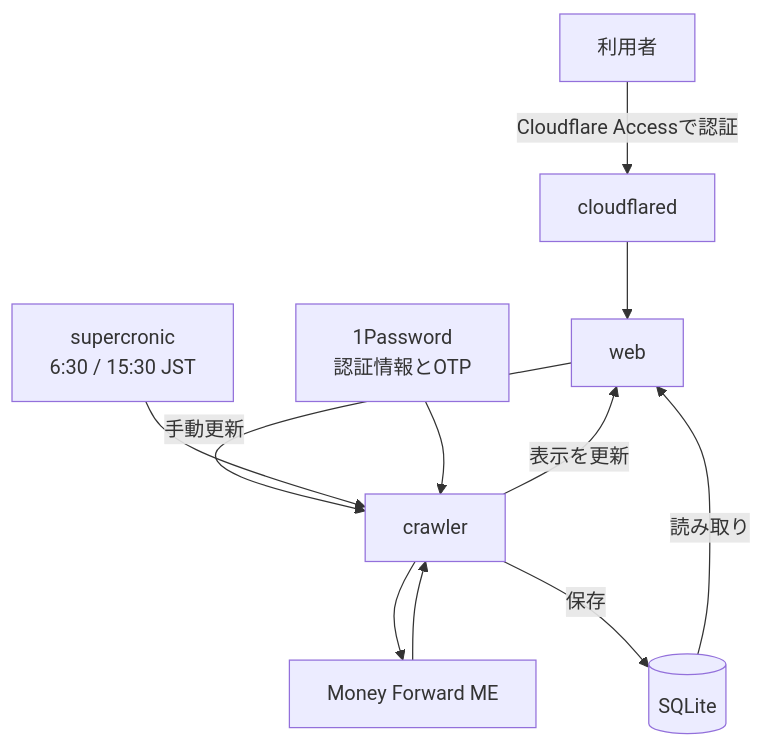
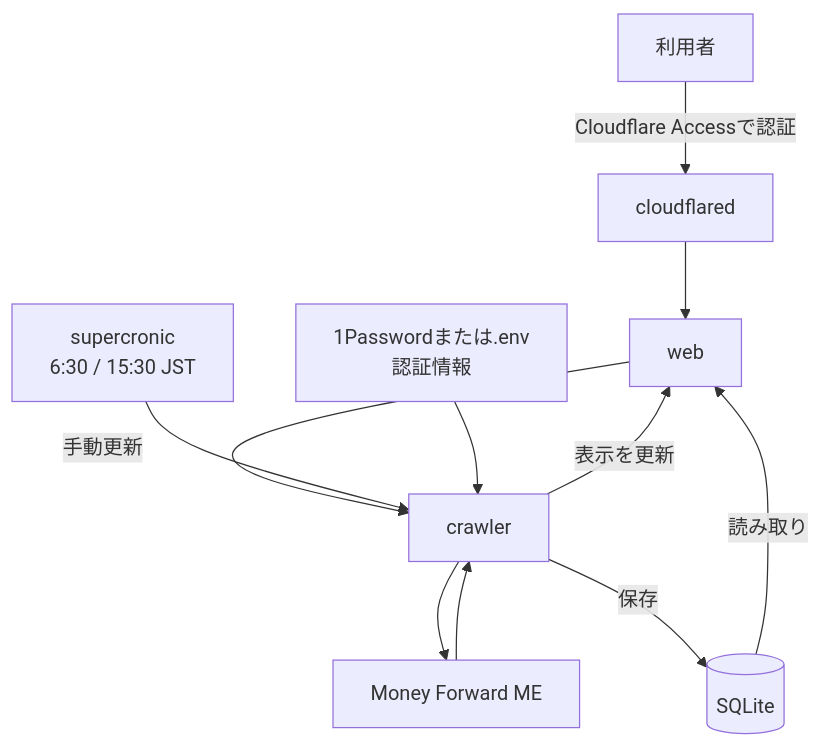
Before and after one commit to hiroppy/mf-dashboard: the diagram in README.md, drawn with Mermaid. The commit also changed 7 other files, not shown here.

````diff
--- a/README.md
+++ b/README.md
@@ -65,13 +65,13 @@
 ```mermaid
 flowchart TD
     U[利用者] -->|Cloudflare Accessで認証| T[cloudflared]
     T --> W[web]
     W -->|手動更新| C[crawler]
     S[supercronic<br/>6:30 / 15:30 JST] --> C
-    O[1Password<br/>認証情報とOTP] --> C
+    O[1Passwordまたは.env<br/>認証情報] --> C
     C --> M[Money Forward ME]
     M --> C
     C -->|保存| D[(SQLite)]
     D -->|読み取り| W
     C -->|表示を更新| W
 ```
````
